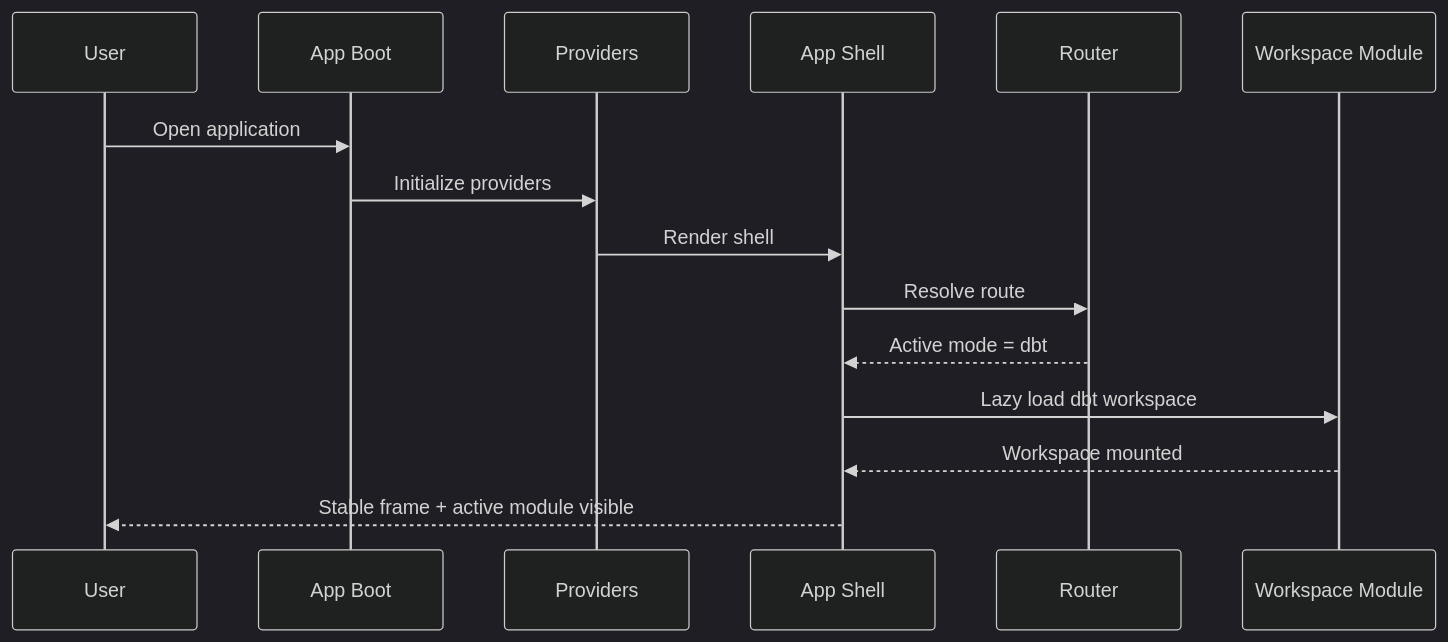
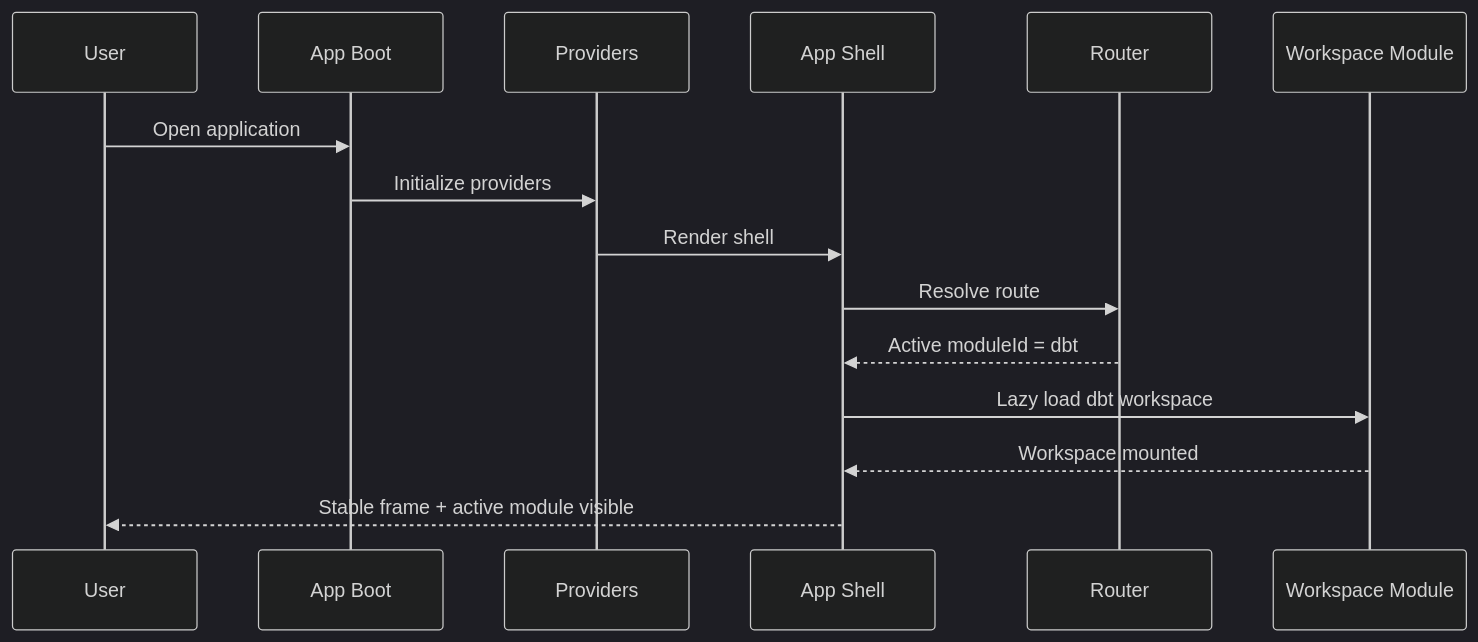
The seventh of 7 diagrams in docs/architecture/frontend/appshell/app-shell.md (dunay2/dvt), drawn with Mermaid (dark theme) before and after one commit. The commit also changed other lines of this file and 21 other files, not shown here.

Commit message:
docs(docs): Document frontend architecture baseline and deepening plan

````diff
--- a/docs/architecture/frontend/appshell/app-shell.md
+++ b/docs/architecture/frontend/appshell/app-shell.md
@@ -484,18 +489,18 @@
 ```mermaid
 sequenceDiagram
     participant U as User
     participant A as App Boot
     participant P as Providers
     participant S as App Shell
     participant R as Router
     participant W as Workspace Module
 
     U->>A: Open application
     A->>P: Initialize providers
     P->>S: Render shell
     S->>R: Resolve route
-    R-->>S: Active mode = dbt
+    R-->>S: Active moduleId = dbt
     S->>W: Lazy load dbt workspace
     W-->>S: Workspace mounted
     S-->>U: Stable frame + active module visible
 ```
````
